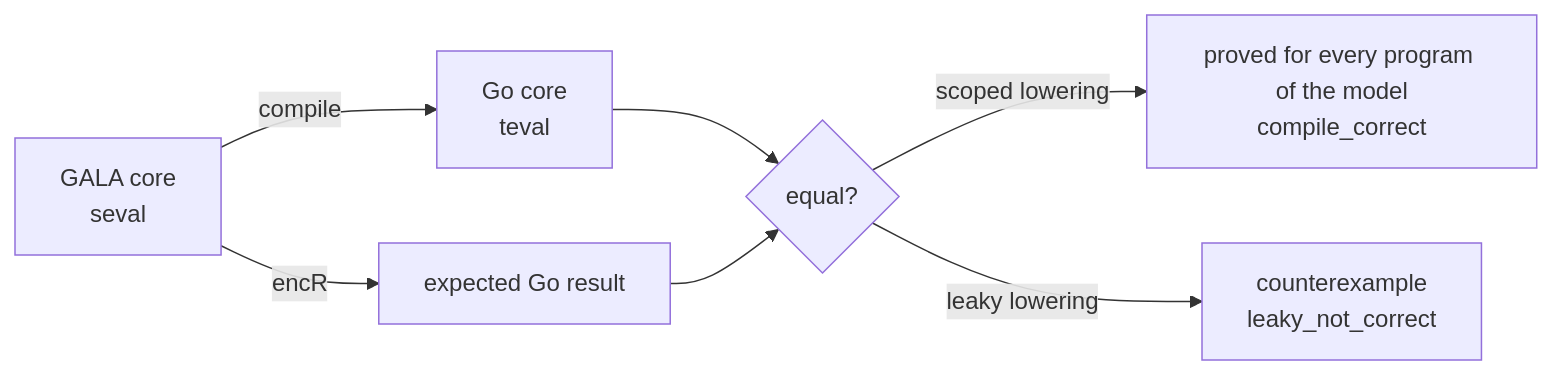
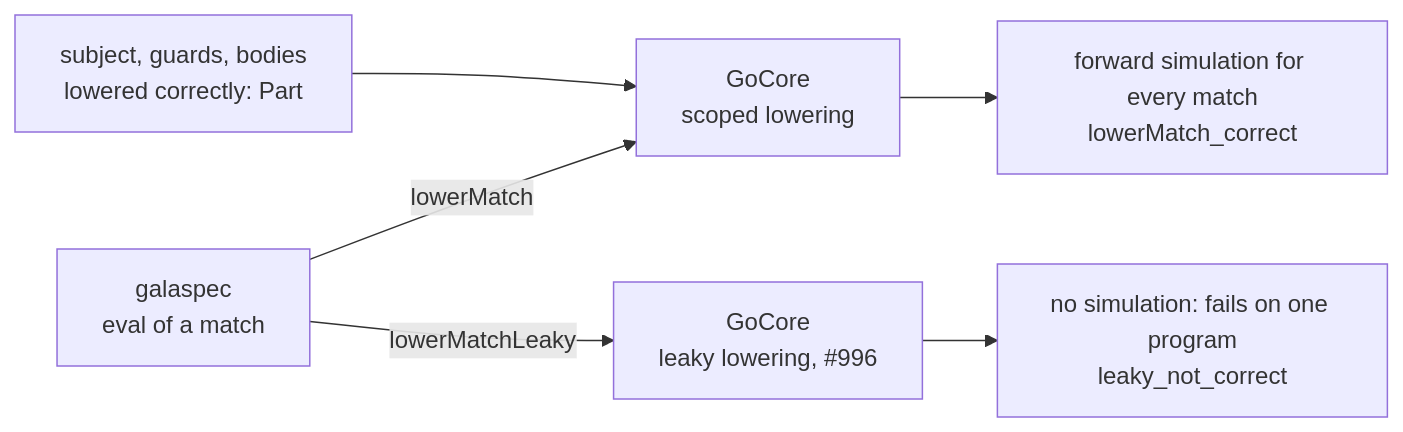
One commit to martianoff/gala changed the second of 3 diagrams in formal/README.md. Above: the diagram before and after it, drawn with Mermaid. The commit also changed other lines of this file and 7 other files, not shown here.

First line of the commit message:
formal: retire the toy match lowering model (M3, part 3) (#1196)

````diff
--- a/formal/README.md
+++ b/formal/README.md
@@ -53,9 +49,8 @@
 ```mermaid
 flowchart LR
-    S[GALA core<br/>seval] -->|compile| T[Go core<br/>teval]
-    S -->|encR| R[expected Go result]
-    T --> E{equal?}
-    R --> E
-    E -->|scoped lowering| P[proved for every program of the model<br/>compile_correct]
-    E -->|leaky lowering| C[counterexample<br/>leaky_not_correct]
+    S[galaspec<br/>eval of a match] -->|lowerMatch| T[GoCore<br/>scoped lowering]
+    P[subject, guards, bodies<br/>lowered correctly: Part] --> T
+    T --> OK[forward simulation for every match<br/>lowerMatch_correct]
+    S -->|lowerMatchLeaky| L[GoCore<br/>leaky lowering, #996]
+    L --> C[no simulation: fails on one program<br/>leaky_not_correct]
 ```
````
